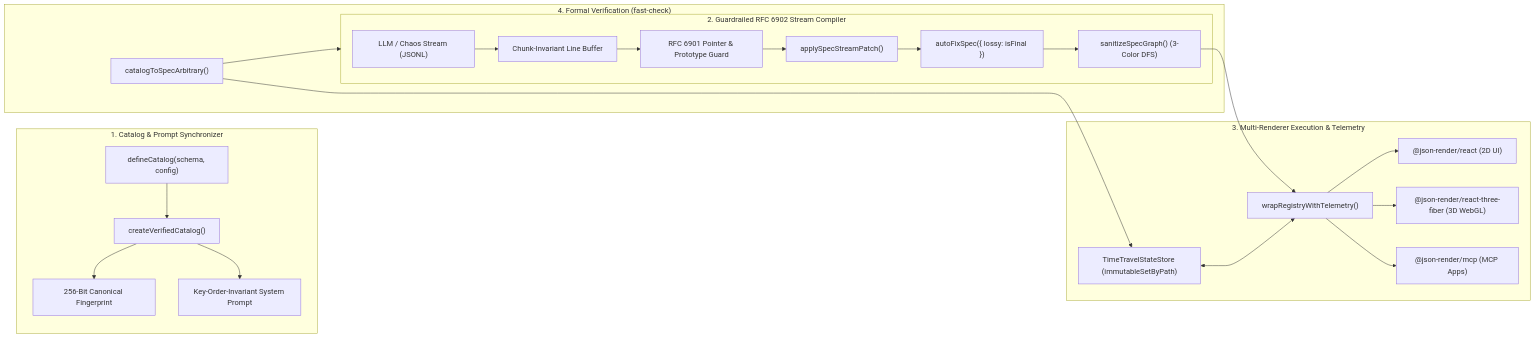
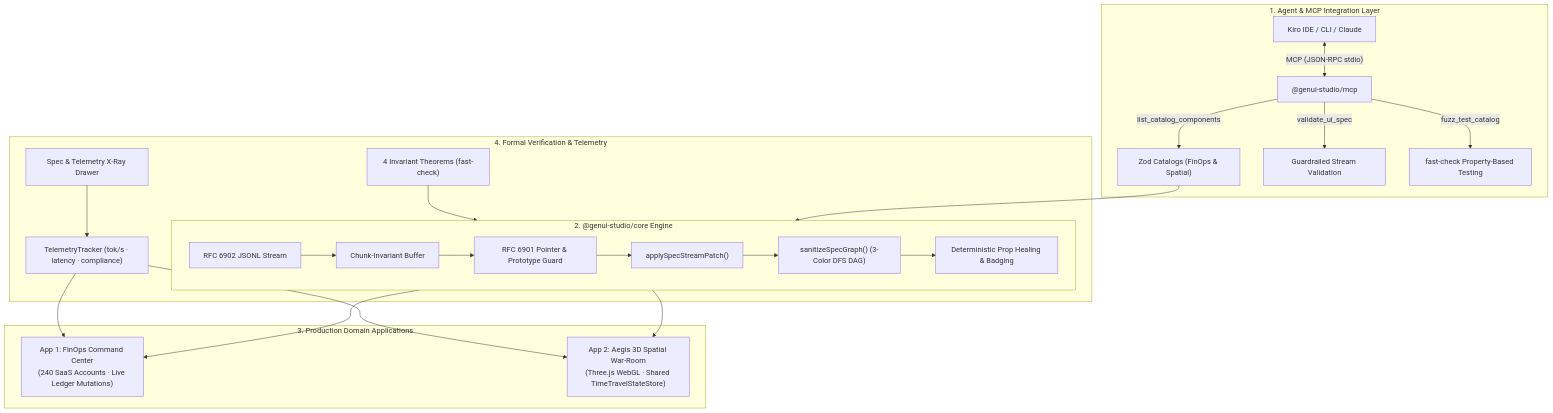
Before and after one commit to NOBA235/GenUI-kit: the diagram in README.md, drawn with Mermaid. The commit also changed other lines of this file and 22 other files, not shown here.

Commit message:
feat(mcp): implement Model Context Protocol server, cross-app navigation, and flagship verification documentation

````diff
--- a/README.md
+++ b/README.md
@@ -27,29 +31,33 @@
 ```mermaid
-flowchart LR
-    subgraph Authoring["1. Catalog & Prompt Synchronizer"]
-        Cat["defineCatalog(schema, config)"] --> VCat["createVerifiedCatalog()"]
-        VCat --> Hash["256-Bit Canonical Fingerprint"]
-        VCat --> Prompt["Key-Order-Invariant System Prompt"]
+flowchart TD
+    subgraph Agentic["1. Agent & MCP Integration Layer"]
+        KiroIDE["Kiro IDE / CLI / Claude"] <-->|"MCP (JSON-RPC stdio)"| MCPServer["@genui-studio/mcp"]
+        MCPServer -->|"list_catalog_components"| CatDefs["Zod Catalogs (FinOps & Spatial)"]
+        MCPServer -->|"validate_ui_spec"| CompilerCheck["Guardrailed Stream Validation"]
+        MCPServer -->|"fuzz_test_catalog"| PbtSuite["fast-check Property-Based Testing"]
     end
 
-    subgraph Streaming["2. Guardrailed RFC 6902 Stream Compiler"]
-        LLM["LLM / Chaos Stream (JSONL)"] --> Buffer["Chunk-Invariant Line Buffer"]
-        Buffer --> Guard["RFC 6901 Pointer & Prototype Guard"]
-        Guard --> Patch["applySpecStreamPatch()"]
-        Patch --> AutoFix["autoFixSpec({ lossy: isFinal })"]
-        AutoFix --> DAG["sanitizeSpecGraph() (3-Color DFS)"]
+    subgraph CoreEngine["2. @genui-studio/core Engine"]
+        StreamIn["RFC 6902 JSONL Stream"] --> LineBuf["Chunk-Invariant Buffer"]
+        LineBuf --> ProtoGuard["RFC 6901 Pointer & Prototype Guard"]
+        ProtoGuard --> PatchApply["applySpecStreamPatch()"]
+        PatchApply --> DAGSanitizer["sanitizeSpecGraph() (3-Color DFS DAG)"]
+        DAGSanitizer --> PropHeal["Deterministic Prop Healing & Badging"]
     end
 
-    subgraph Runtime["3. Multi-Renderer Execution & Telemetry"]
-        DAG --> SafeReg["wrapRegistryWithTelemetry()"]
-        Store["TimeTravelStateStore (immutableSetByPath)"] <--> SafeReg
-        SafeReg --> React2D["@json-render/react (2D UI)"]
-        SafeReg --> R3F3D["@json-render/react-three-fiber (3D WebGL)"]
-        SafeReg --> MCP["@json-render/mcp (MCP Apps)"]
+    subgraph DualApps["3. Production Domain Applications"]
+        App1["App 1: FinOps Command Center\n(240 SaaS Accounts · Live Ledger Mutations)"]
+        App2["App 2: Aegis 3D Spatial War-Room\n(Three.js WebGL · Shared TimeTravelStateStore)"]
     end
 
-    subgraph PBT["4. Formal Verification (fast-check)"]
-        Arb["catalogToSpecArbitrary()"] --> Streaming
-        Arb --> Store
+    subgraph Verification["4. Formal Verification & Telemetry"]
+        PBT["4 Invariant Theorems (fast-check)"] --> CoreEngine
+        Telemetry["TelemetryTracker (tok/s · latency · compliance)"] --> App1
+        Telemetry --> App2
+        XRay["Spec & Telemetry X-Ray Drawer"] --> Telemetry
     end
+
+    CatDefs --> CoreEngine
+    CoreEngine --> App1
+    CoreEngine --> App2
 ```
````
